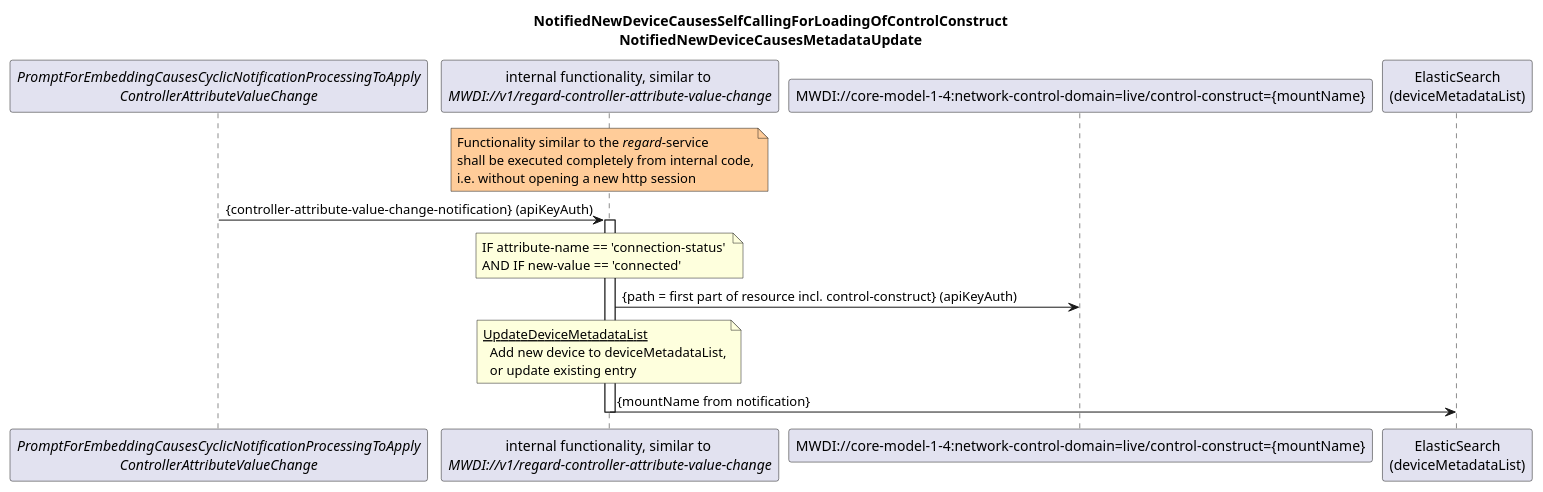
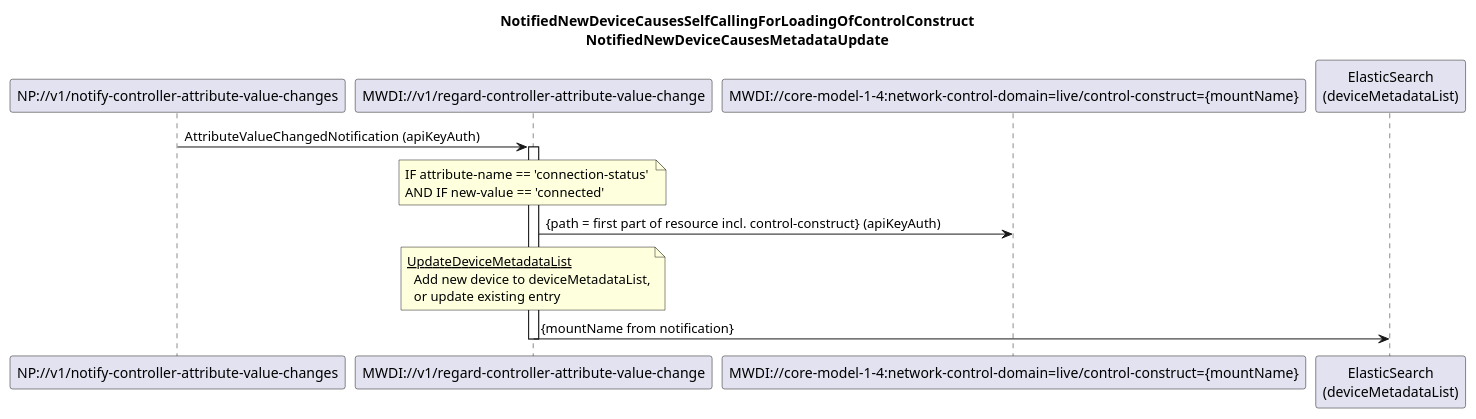
One commit to openBackhaul/MicroWaveDeviceInventory changed the diagram in spec/diagrams/020_NotificationBasedDeviceListSyncAddUpdate.plantuml. Above: the diagram before and after it, drawn with PlantUML. The commit also changed 6 other files, not shown here.

First line of the commit message:
Remove callback PromptForEmbeddingCausesCyclicNotificationProcessingToApplyControllerAttributeValueChange from /v1/embed-yourself (#1345)

```diff
--- a/spec/diagrams/020_NotificationBasedDeviceListSyncAddUpdate.plantuml
+++ b/spec/diagrams/020_NotificationBasedDeviceListSyncAddUpdate.plantuml
@@ -1,39 +1,33 @@
 @startuml 020_NotificationBasedDeviceListSyncAddUpdate
 skinparam responseMessageBelowArrow true
 
 title  
   NotifiedNewDeviceCausesSelfCallingForLoadingOfControlConstruct
   NotifiedNewDeviceCausesMetadataUpdate
 end title
 
-participant "<i>PromptForEmbeddingCausesCyclicNotificationProcessingToApply</i>\n<i>ControllerAttributeValueChange</i>" as init
-participant "internal functionality, similar to \n<i>MWDI://v1/regard-controller-attribute-value-change</i>" as regardNewDevice
+participant "NP://v1/notify-controller-attribute-value-changes" as subscription
+participant "MWDI://v1/regard-controller-attribute-value-change" as regardNewDevice
 participant "MWDI://core-model-1-4:network-control-domain=live/control-construct={mountName}" as liveControlConstruct
 participant "ElasticSearch\n(deviceMetadataList)" as es
 
-note over regardNewDevice #ffcc99
-  Functionality similar to the <i>regard</i>-service
-  shall be executed completely from internal code,
-  i.e. without opening a new http session
-end note
-
-init -> regardNewDevice: {controller-attribute-value-change-notification} (apiKeyAuth)
+subscription -> regardNewDevice: AttributeValueChangedNotification (apiKeyAuth)
 activate regardNewDevice
 
 note over regardNewDevice
 IF attribute-name == 'connection-status' 
 AND IF new-value == 'connected'
 end note
 
 regardNewDevice -> liveControlConstruct: {path = first part of resource incl. control-construct} (apiKeyAuth)
 
 note over regardNewDevice
   <u>UpdateDeviceMetadataList</u>
     Add new device to deviceMetadataList,
     or update existing entry
 end note
 regardNewDevice -> es: {mountName from notification}
 
 deactivate regardNewDevice
 
 @enduml
```
